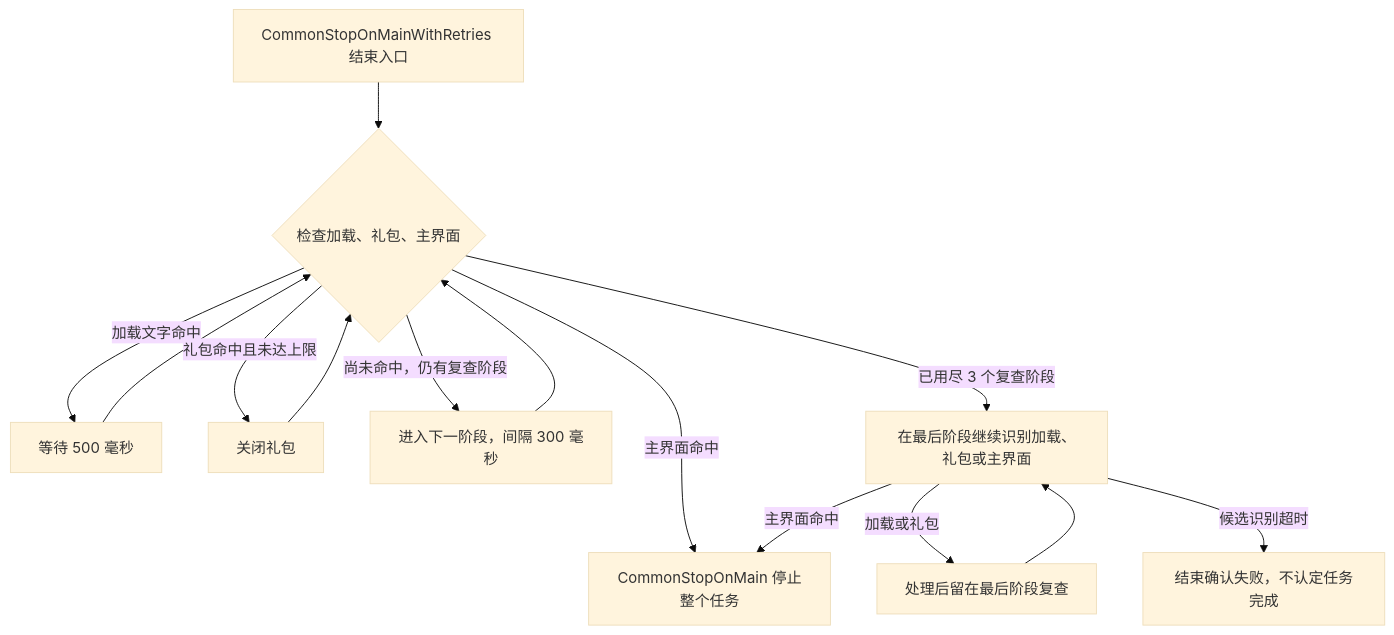
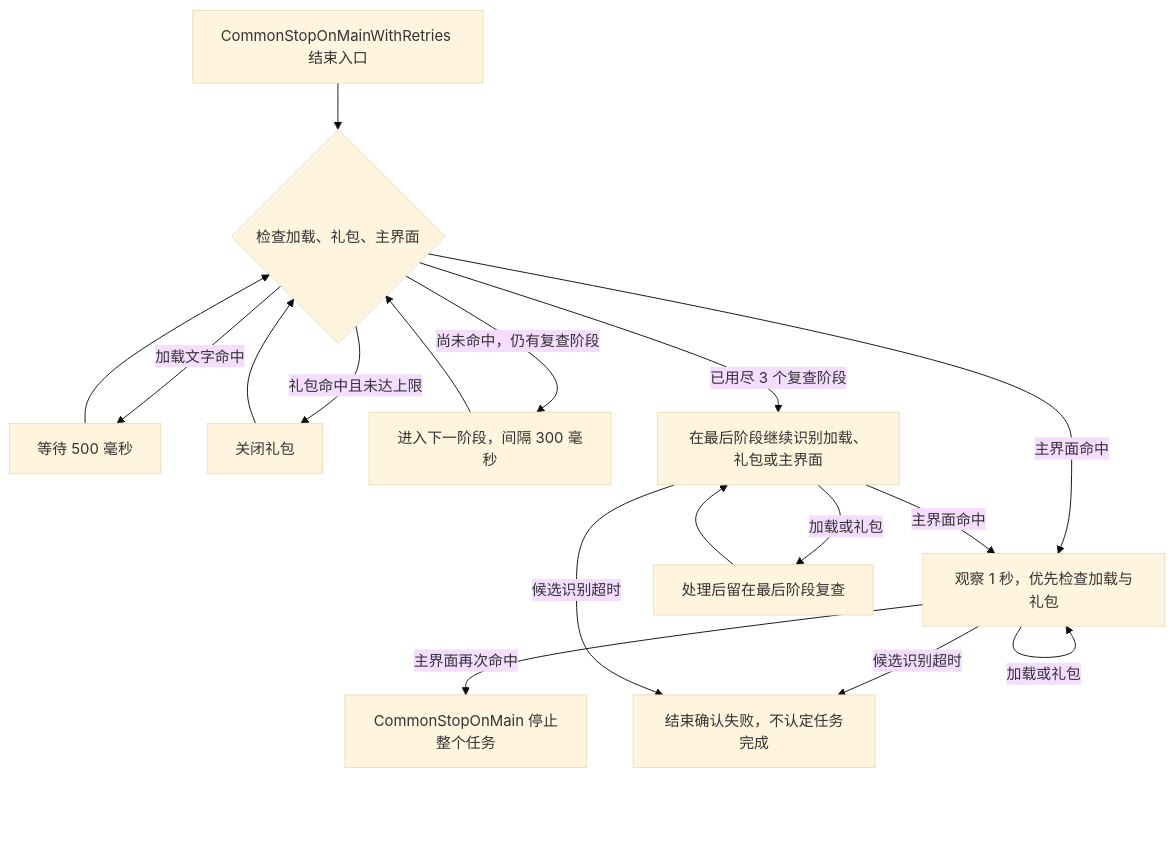
Before and after one commit to cccrx1/TKFMaa: the second of 2 diagrams in docs/zh_cn/tasks/common_navigation.md, drawn with Mermaid (base theme). The commit also changed other lines of this file and 1 other file, not shown here.

Commit message:
fix(navigation): 复查主界面加载和返回状态

````diff
--- a/docs/zh_cn/tasks/common_navigation.md
+++ b/docs/zh_cn/tasks/common_navigation.md
@@ -44,16 +44,19 @@
 ```mermaid
 flowchart TD
     Start[CommonStopOnMainWithRetries 结束入口] --> Check{检查加载、礼包、主界面}
     Check -->|加载文字命中| Wait[等待 500 毫秒]
     Wait --> Check
     Check -->|礼包命中且未达上限| Gift[关闭礼包]
     Gift --> Check
-    Check -->|主界面命中| Done[CommonStopOnMain 停止整个任务]
+    Check -->|主界面命中| Observe[观察 1 秒，优先检查加载与礼包]
+    Observe -->|主界面再次命中| Done[CommonStopOnMain 停止整个任务]
+    Observe -->|加载或礼包| Observe
+    Observe -->|候选识别超时| Fail[结束确认失败，不认定任务完成]
     Check -->|尚未命中，仍有复查阶段| Retry[进入下一阶段，间隔 300 毫秒]
     Retry --> Check
     Check -->|已用尽 3 个复查阶段| Final[在最后阶段继续识别加载、礼包或主界面]
     Final -->|加载或礼包| Handle[处理后留在最后阶段复查]
     Handle --> Final
-    Final -->|主界面命中| Done
-    Final -->|候选识别超时| Fail[结束确认失败，不认定任务完成]
+    Final -->|主界面命中| Observe
+    Final -->|候选识别超时| Fail
 ```
````
